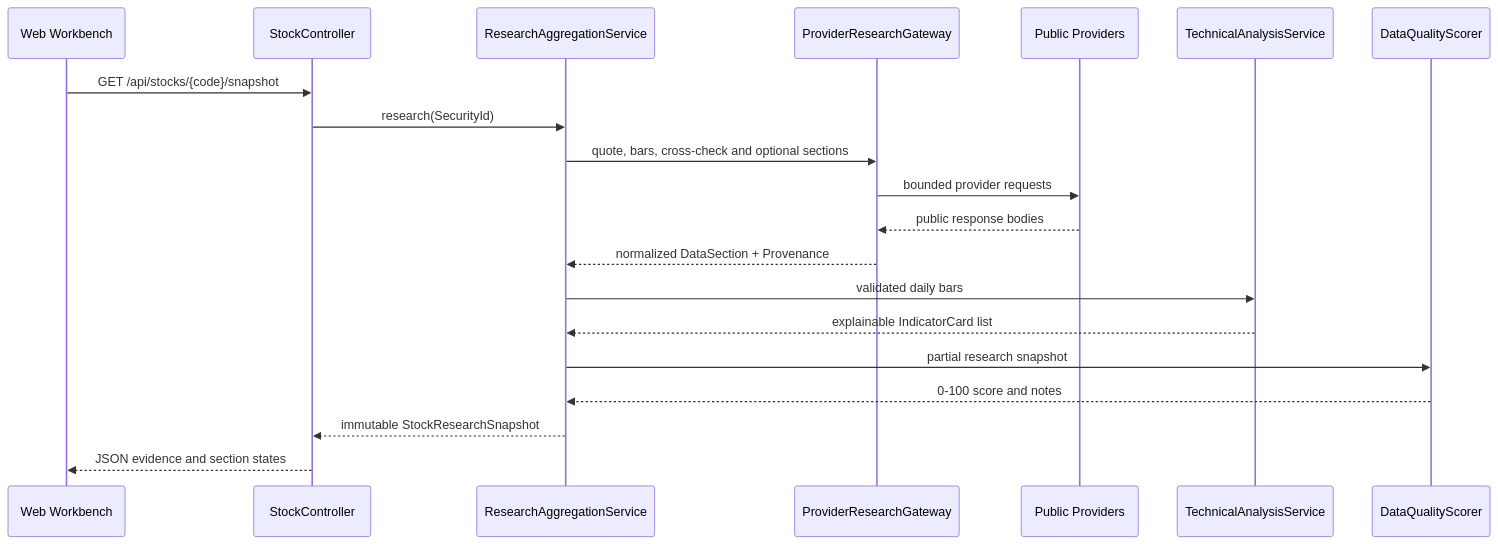
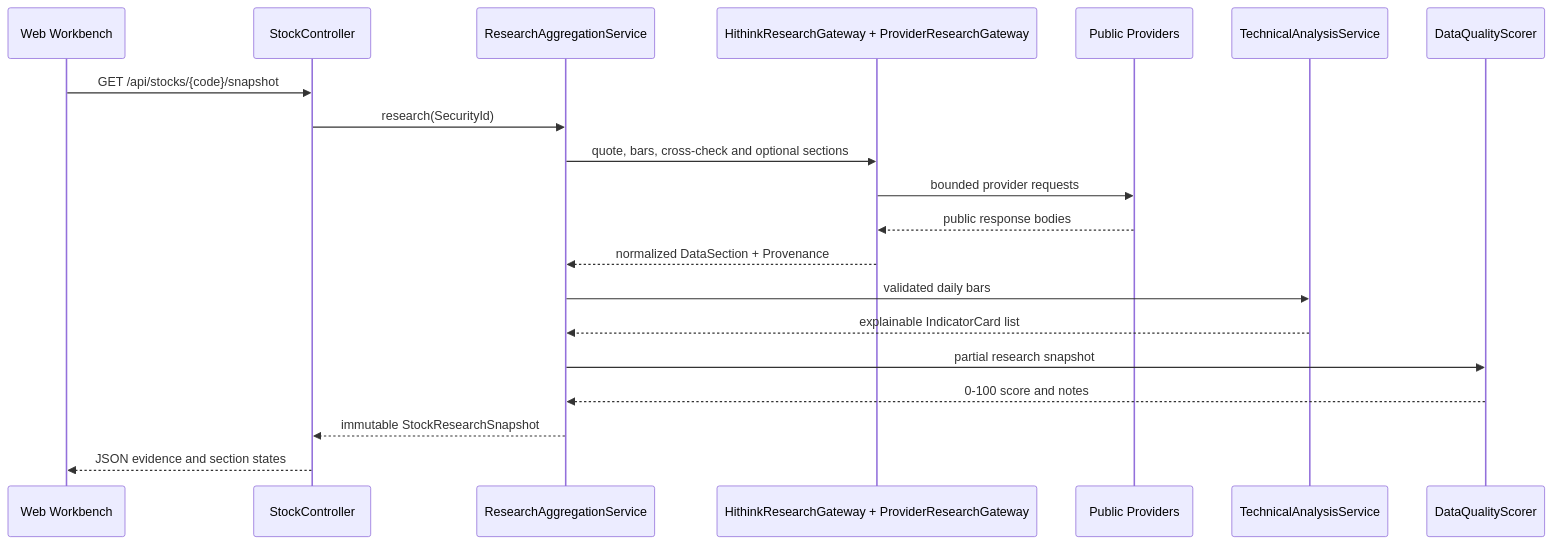
The diagram in docs/architecture/data-flow.md (xixi66666/a-stock-agent), drawn with Mermaid before and after one commit. The commit also changed other lines of this file and 7 other files, not shown here.

````diff
--- a/docs/architecture/data-flow.md
+++ b/docs/architecture/data-flow.md
@@ -8,23 +8,23 @@
 ```mermaid
 sequenceDiagram
   participant UI as Web Workbench
   participant API as StockController
   participant AGG as ResearchAggregationService
-  participant GW as ProviderResearchGateway
+  participant GW as HithinkResearchGateway + ProviderResearchGateway
   participant SRC as Public Providers
   participant TECH as TechnicalAnalysisService
   participant QA as DataQualityScorer
 
   UI->>API: GET /api/stocks/{code}/snapshot
   API->>AGG: research(SecurityId)
   AGG->>GW: quote, bars, cross-check and optional sections
   GW->>SRC: bounded provider requests
   SRC-->>GW: public response bodies
   GW-->>AGG: normalized DataSection + Provenance
   AGG->>TECH: validated daily bars
   TECH-->>AGG: explainable IndicatorCard list
   AGG->>QA: partial research snapshot
   QA-->>AGG: 0-100 score and notes
   AGG-->>API: immutable StockResearchSnapshot
   API-->>UI: JSON evidence and section states
 ```
````
